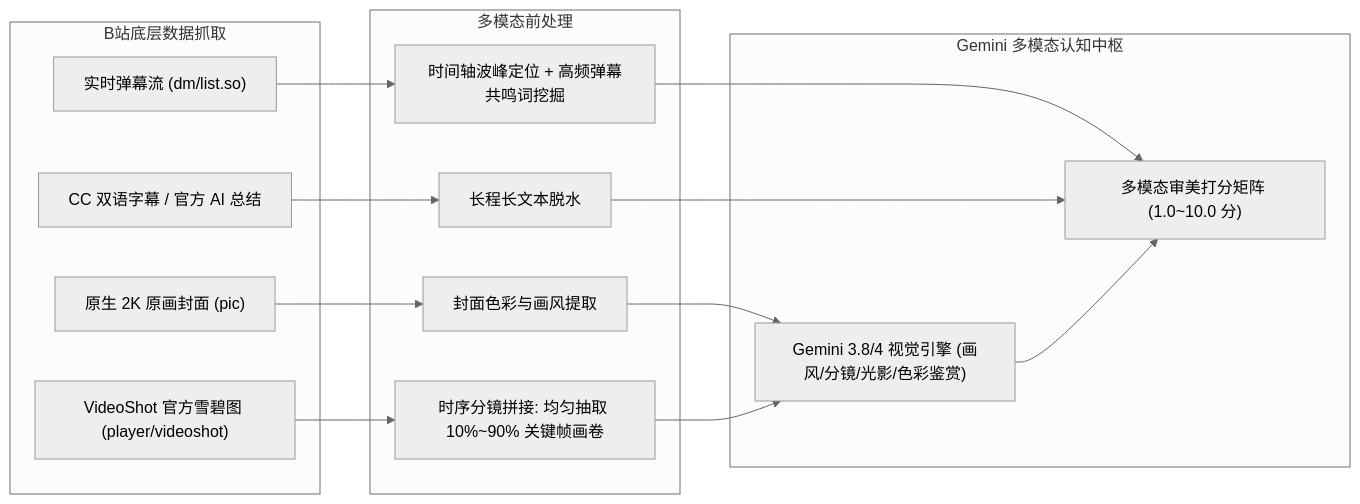
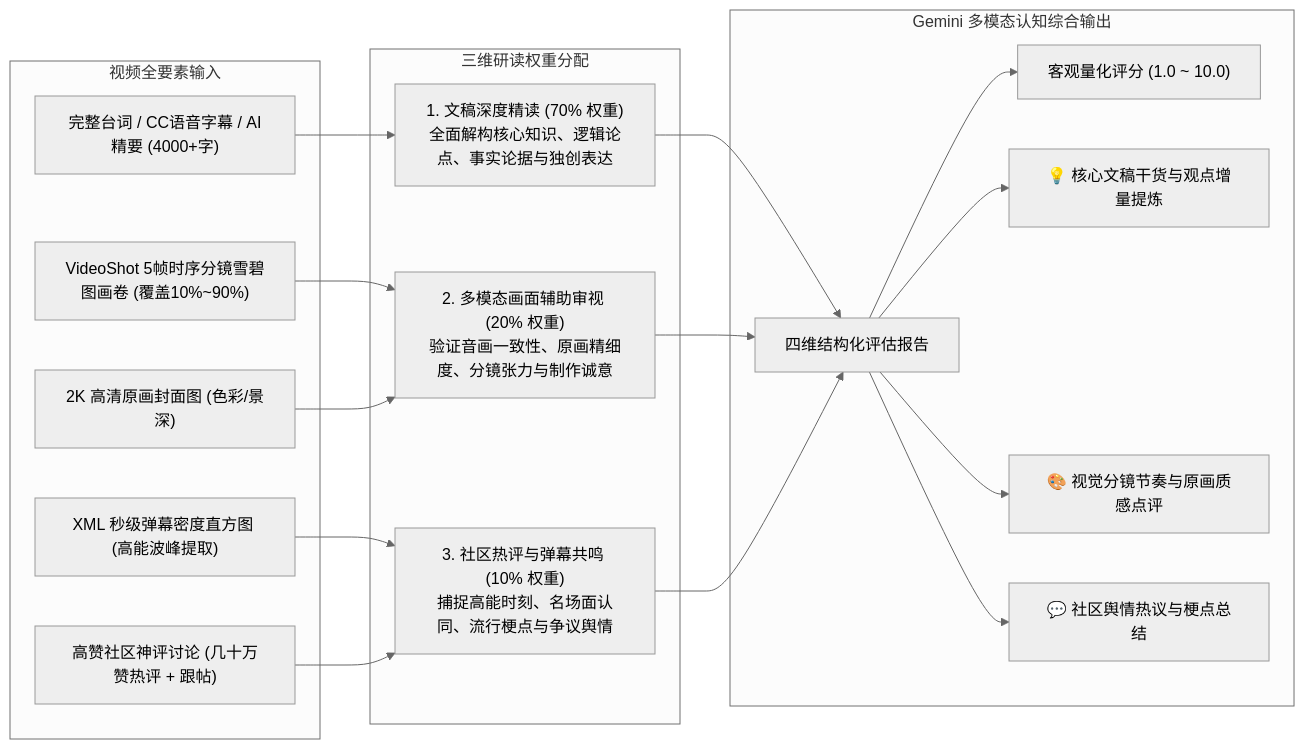
The third of 4 diagrams in README.md (SherlockYzz/cyber-hajimi-bili), drawn with Mermaid (neutral theme) before and after one commit. The commit also changed other lines of this file and 7 other files, not shown here.

````diff
--- a/README.md
+++ b/README.md
@@ -169,24 +167,24 @@
 ```mermaid
 flowchart LR
-    subgraph Stream["B站底层数据抓取"]
-        A["原生 2K 原画封面 (pic)"]
-        B["VideoShot 官方雪碧图 (player/videoshot)"]
-        C["实时弹幕流 (dm/list.so)"]
-        D["CC 双语字幕 / 官方 AI 总结"]
+    subgraph DataStream["视频全要素输入"]
+        A["完整台词 / CC语音字幕 / AI精要 (4000+字)"]
+        B["VideoShot 5帧时序分镜雪碧图画卷 (覆盖10%~90%)"]
+        C["2K 高清原画封面图 (色彩/景深)"]
+        D["XML 秒级弹幕密度直方图 (高能波峰提取)"]
+        E["高赞社区神评讨论 (几十万赞热评 + 跟帖)"]
     end
 
-    subgraph Pipeline["多模态前处理"]
-        A --> M1["封面色彩与画风提取"]
-        B --> M2["时序分镜拼接: 均匀抽取 10%~90% 关键帧画卷"]
-        C --> M3["时间轴波峰定位 + 高频弹幕共鸣词挖掘"]
-        D --> M4["长程长文本脱水"]
+    subgraph WeightAllocation["三维研读权重分配"]
+        A --> W1["1. 文稿深度精读 (70% 权重)<br/>全面解构核心知识、逻辑论点、事实论据与独创表达"]
+        B & C --> W2["2. 多模态画面辅助审视 (20% 权重)<br/>验证音画一致性、原画精细度、分镜张力与制作诚意"]
+        D & E --> W3["3. 社区热评与弹幕共鸣 (10% 权重)<br/>捕捉高能时刻、名场面认同、流行梗点与争议舆情"]
     end
 
-    subgraph MultimodalBrain["Gemini 多模态认知中枢"]
-        M1 --> Vision["Gemini 3.8/4 视觉引擎 (画风/分镜/光影/色彩鉴赏)"]
-        M2 --> Vision
-        M3 --> Logic["多模态审美打分矩阵 (1.0~10.0 分)"]
-        M4 --> Logic
-        Vision --> Logic
+    subgraph Decision["Gemini 多模态认知综合输出"]
+        W1 & W2 & W3 --> Eval["四维结构化评估报告"]
+        Eval --> Score["客观量化评分 (1.0 ~ 10.0)"]
+        Eval --> High["💡 核心文稿干货与观点增量提炼"]
+        Eval --> Critique["🎨 视觉分镜节奏与原画质感点评"]
+        Eval --> Senti["💬 社区舆情热议与梗点总结"]
     end
 ```
````
